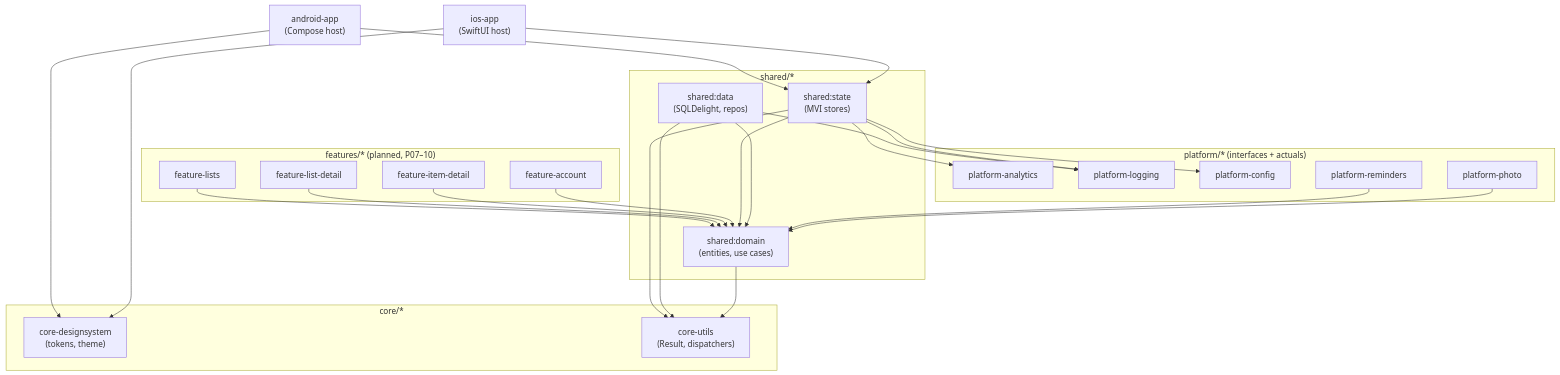
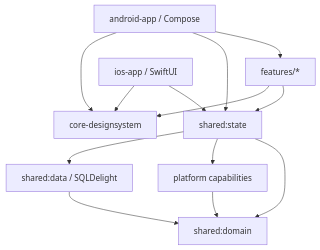
One commit to franzueto/fluxit-kmp changed the diagram in docs/ARCHITECTURE.md. Above: the diagram before and after it, drawn with Mermaid. The commit also changed other lines of this file and 290 other files, not shown here.

````diff
--- a/docs/ARCHITECTURE.md
+++ b/docs/ARCHITECTURE.md
@@ -53,56 +13,15 @@
 ```mermaid
 graph TD
-  androidApp["android-app<br/>(Compose host)"]
-  iosApp["ios-app<br/>(SwiftUI host)"]
-
-  subgraph Features["features/* (planned, P07–10)"]
-    fLists["feature-lists"]
-    fListDetail["feature-list-detail"]
-    fItemDetail["feature-item-detail"]
-    fAccount["feature-account"]
-  end
-
-  subgraph Shared["shared/*"]
-    sState["shared:state<br/>(MVI stores)"]
-    sDomain["shared:domain<br/>(entities, use cases)"]
-    sData["shared:data<br/>(SQLDelight, repos)"]
-  end
-
-  subgraph Core["core/*"]
-    cDesign["core-designsystem<br/>(tokens, theme)"]
-    cUtils["core-utils<br/>(Result, dispatchers)"]
-  end
-
-  subgraph Platform["platform/* (interfaces + actuals)"]
-    pAnalytics["platform-analytics"]
-    pLogging["platform-logging"]
-    pConfig["platform-config"]
-    pReminders["platform-reminders"]
-    pPhoto["platform-photo"]
-  end
-
-  androidApp --> sState
-  androidApp --> cDesign
-  iosApp --> sState
-  iosApp --> cDesign
-
-  fLists --> sDomain
-  fListDetail --> sDomain
-  fItemDetail --> sDomain
-  fAccount --> sDomain
-
-  sState --> sDomain
-  sState --> cUtils
-  sData --> sDomain
-  sData --> cUtils
-
-  sDomain --> cUtils
-
-  sData --> pLogging
-  sState --> pAnalytics
-  sState --> pLogging
-  sState --> pConfig
-
-  pReminders --> sDomain
-  pPhoto --> sDomain
+  android["android-app / Compose"] --> features["features/*"]
+  android --> state["shared:state"]
+  ios["ios-app / SwiftUI"] --> state
+  features --> state
+  features --> design["core-designsystem"]
+  state --> domain["shared:domain"]
+  state --> platform["platform capabilities"]
+  data["shared:data / SQLDelight"] --> domain
+  state --> data
+  platform --> domain
+  android --> design
+  ios --> design
 ```
````
